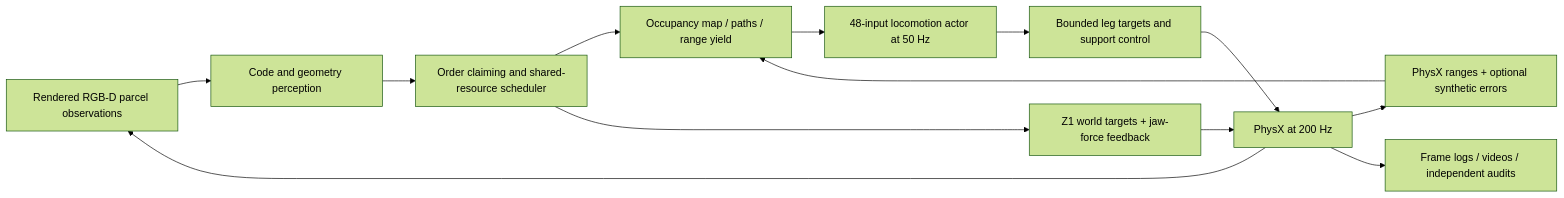
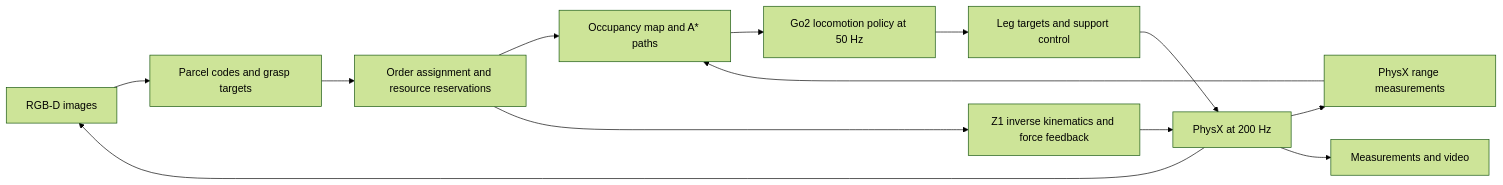
The diagram in docs/ARCHITECTURE.md (Uljh/go2-warehouse-logistics), drawn with Mermaid (forest theme) before and after one commit. The commit also changed other lines of this file and 8 other files, not shown here.

````diff
--- a/docs/ARCHITECTURE.md
+++ b/docs/ARCHITECTURE.md
@@ -5,15 +5,15 @@
 ```mermaid
 flowchart LR
-    RGB[Rendered RGB-D parcel observations] --> P[Code and geometry perception]
-    P --> S[Order claiming and shared-resource scheduler]
-    R[PhysX ranges + optional synthetic errors] --> N[Occupancy map / paths / range yield]
+    RGB[RGB-D images] --> P[Parcel codes and grasp targets]
+    P --> S[Order assignment and resource reservations]
+    R[PhysX range measurements] --> N[Occupancy map and A* paths]
     S --> N
-    N --> G[48-input locomotion actor at 50 Hz]
-    S --> A[Z1 world targets + jaw-force feedback]
-    G --> M[Bounded leg targets and support control]
+    N --> G[Go2 locomotion policy at 50 Hz]
+    S --> A[Z1 inverse kinematics and force feedback]
+    G --> M[Leg targets and support control]
     A --> X[PhysX at 200 Hz]
     M --> X
     X --> R
     X --> RGB
-    X --> L[Frame logs / videos / independent audits]
+    X --> L[Measurements and video]
 ```
````
